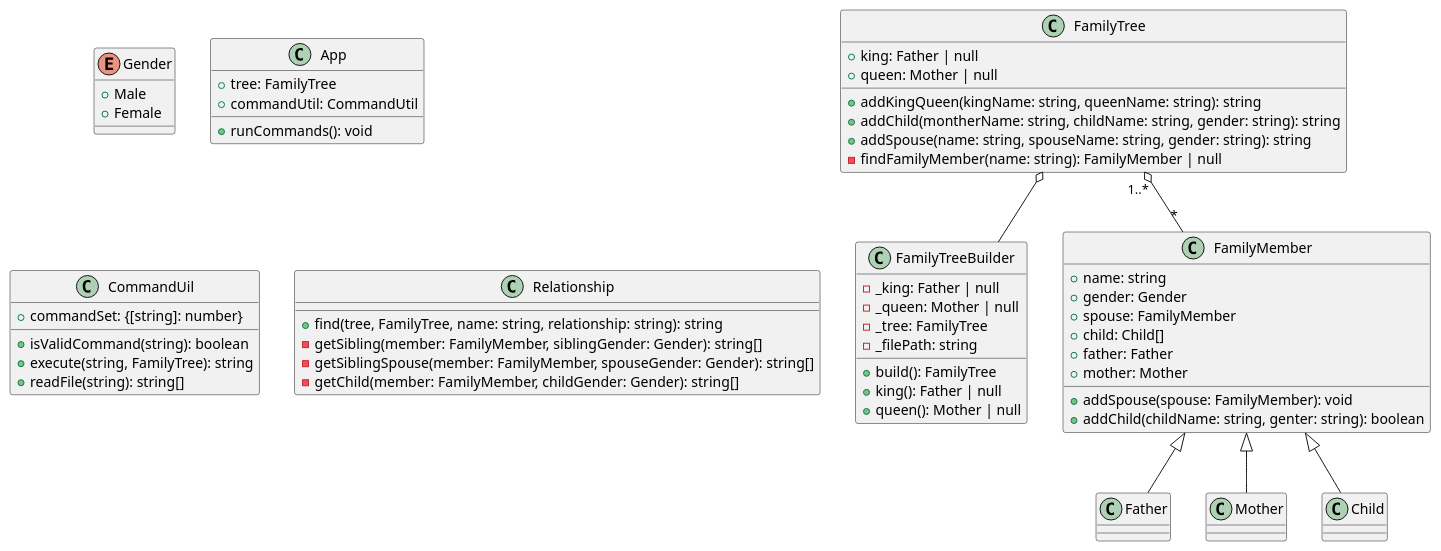
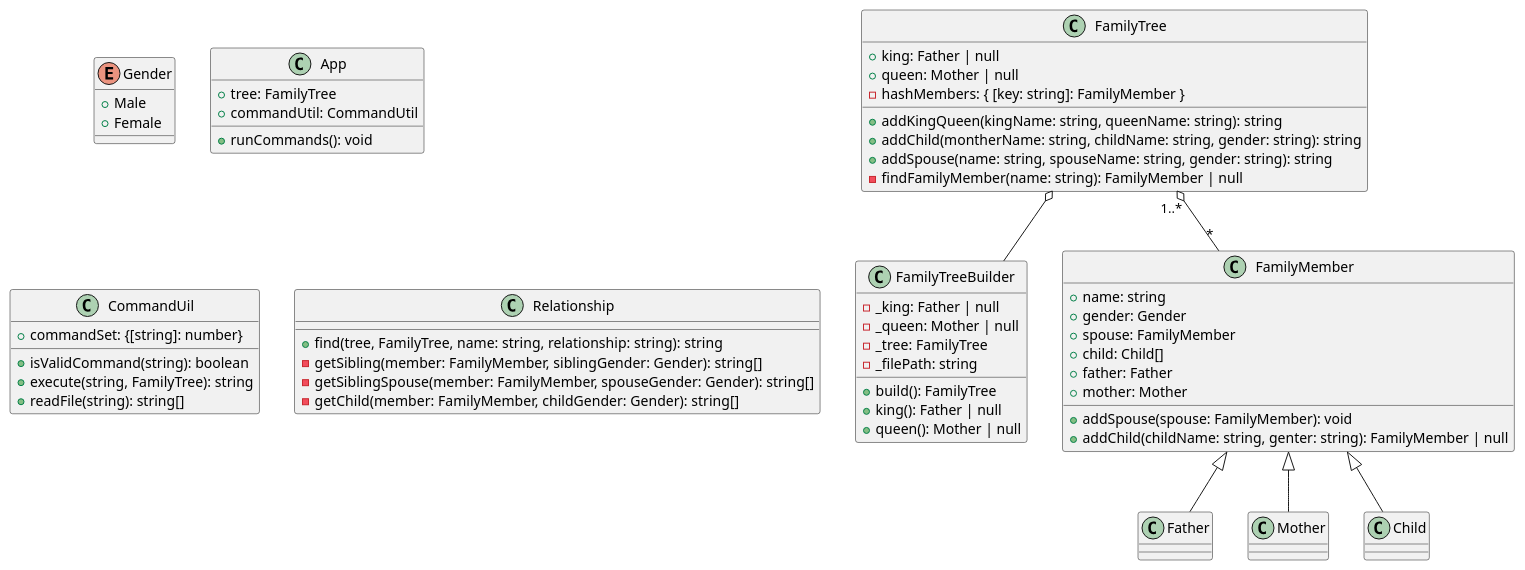
The diagram in uml/class-diagram.puml (evaou/family-tree), drawn with PlantUML before and after one commit.

Commit message:
update hashMembers

```diff
--- a/uml/class-diagram.puml
+++ b/uml/class-diagram.puml
@@ -1,74 +1,75 @@
 @startuml class diagram
 
 enum Gender {
     +Male
     +Female
 }
 
 class App {
     +tree: FamilyTree
     +commandUtil: CommandUtil
     +runCommands(): void
 }
 
 class CommandUil {
     +commandSet: {[string]: number}
     +isValidCommand(string): boolean
     +execute(string, FamilyTree): string
     +readFile(string): string[]
 }
 
 class Relationship {
     +find(tree, FamilyTree, name: string, relationship: string): string
     -getSibling(member: FamilyMember, siblingGender: Gender): string[]
     -getSiblingSpouse(member: FamilyMember, spouseGender: Gender): string[]
     -getChild(member: FamilyMember, childGender: Gender): string[]
 }
 
 class FamilyTreeBuilder {
     -_king: Father | null
     -_queen: Mother | null
     -_tree: FamilyTree
     -_filePath: string
     +build(): FamilyTree
     +king(): Father | null 
     +queen(): Mother | null
 }
 
 class FamilyTree {
     +king: Father | null
     +queen: Mother | null
+    -hashMembers: { [key: string]: FamilyMember }
     +addKingQueen(kingName: string, queenName: string): string 
     +addChild(montherName: string, childName: string, gender: string): string
     +addSpouse(name: string, spouseName: string, gender: string): string
     -findFamilyMember(name: string): FamilyMember | null
 }
 
 class FamilyMember {
     +name: string
     +gender: Gender
     +spouse: FamilyMember
     +child: Child[]
     +father: Father
     +mother: Mother
     +addSpouse(spouse: FamilyMember): void
-    +addChild(childName: string, genter: string): boolean
+    +addChild(childName: string, genter: string): FamilyMember | null
 }
 
 class Father {
 }
 
 class Mother {
 }
 
 class Child {
 }
 
 FamilyTree "1..*" o-- "*" FamilyMember
 FamilyTree o-- FamilyTreeBuilder
 
 FamilyMember <|-- Father
 FamilyMember <|--  Mother
 FamilyMember <|--  Child
 
 @enduml
```
